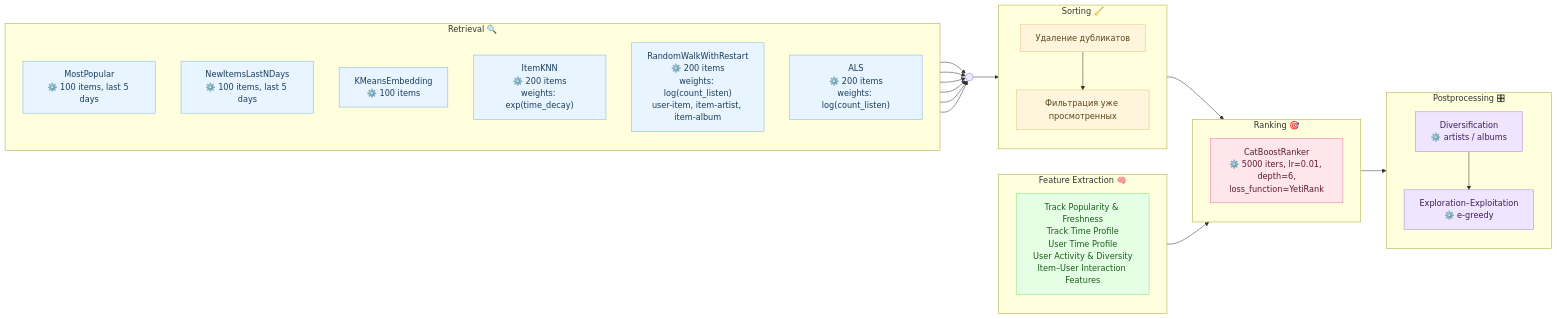
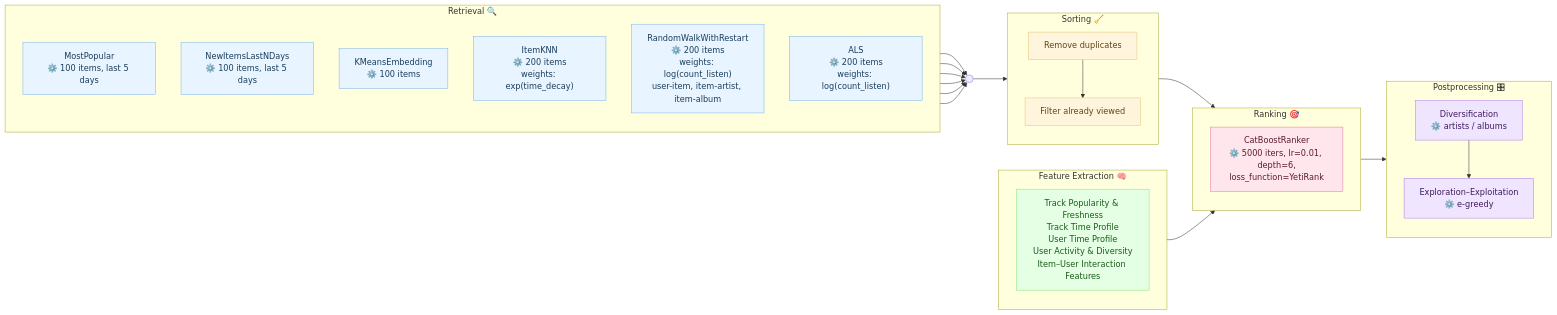
The second of 2 diagrams in README.md (Nastasy822/music-recommendation-experiments), drawn with Mermaid before and after one commit. The commit also changed other lines of this file, not shown here.

Commit message:
docs(readme): update diagram

````diff
--- a/README.md
+++ b/README.md
@@ -180,71 +180,71 @@
 ```mermaid
 flowchart LR
 
     %% === Retrieval Models ===
     subgraph RETRIEVAL ["Retrieval 🔍"]
         direction TB
         PopAll["MostPopular<br/>⚙️ 100 items, last 5 days"]
         PopUser["NewItemsLastNDays<br/>⚙️ 100 items, last 5 days"]
         SIM["KMeansEmbedding<br/>⚙️ 100 items"]
         ITEMKNN["ItemKNN<br/>⚙️ 200 items<br/>weights: exp(time_decay)"]
         GRAPH["RandomWalkWithRestart<br/>⚙️ 200 items<br/>weights: log(count_listen)<br/>user-item, item-artist, item-album"]
         ALS["ALS<br/>⚙️ 200 items<br/>weights: log(count_listen)"]
     end
 
     %% Узел-слияние, чтобы не вести много стрелок в Sorting
     RETR_OUT(( ))
 
     %% === Sorting Stage ===
     subgraph SORTING ["Sorting 🧹"]
         direction TB
-        DUBLICATE["Удаление дубликатов"]
-        FILTER["Фильтрация уже просмотренных"]
+        DUBLICATE["Remove duplicates"]
+        FILTER["Filter already viewed"]
         DUBLICATE --> FILTER
     end
     
     %% === Feature Extraction ===
     subgraph FEATS ["Feature Extraction 🧠"]
         LISTFEATURES["Track Popularity & Freshness<br/>Track Time Profile<br/>User Time Profile<br/>User Activity & Diversity<br/>Item–User Interaction Features"]
     end
 
     %% === Ranking Stage ===
     subgraph RANKING ["Ranking 🎯"]
         RANK["CatBoostRanker<br/>⚙️ 5000 iters, lr=0.01, depth=6,<br/>loss_function=YetiRank"]
     end
 
     %% === Postprocessing Stage ===
     subgraph POSTPROCESS ["Postprocessing 🎛"]
         direction TB
         ARTIST_FILTER["Diversification<br/>⚙️ artists / albums"]
         EXPLORATION["Exploration–Exploitation<br/>⚙️ e-greedy"]
         ARTIST_FILTER --> EXPLORATION
     end
 
     %% === Data Flows ===
     PopAll --> RETR_OUT
     PopUser --> RETR_OUT
     SIM --> RETR_OUT
     ALS --> RETR_OUT
     ITEMKNN --> RETR_OUT
     GRAPH --> RETR_OUT
 
     RETR_OUT --> SORTING
     SORTING --> RANKING
     FEATS --> RANKING
     RANKING --> POSTPROCESS
 
     %% === Styles ===
     classDef retrieval fill:#e8f4ff,stroke:#7db4e6,color:#1a3d5c;
     classDef sorting fill:#fff5dd,stroke:#e6c27d,color:#5c451a;
     classDef ranking fill:#ffe6ec,stroke:#e67d9c,color:#5c1a2f;
     classDef postprocess fill:#f0e5ff,stroke:#b07de6,color:#3d1a5c;
     classDef features fill:#e5ffe5,stroke:#7de67d,color:#1a5c1a;
 
     class PopAll,PopUser,SIM,ALS,ITEMKNN,GRAPH retrieval;
     class FILTER,DUBLICATE sorting;
     class RANK ranking;
     class ARTIST_FILTER,EXPLORATION postprocess;
     class LISTFEATURES features;
 
 
 ```
````
